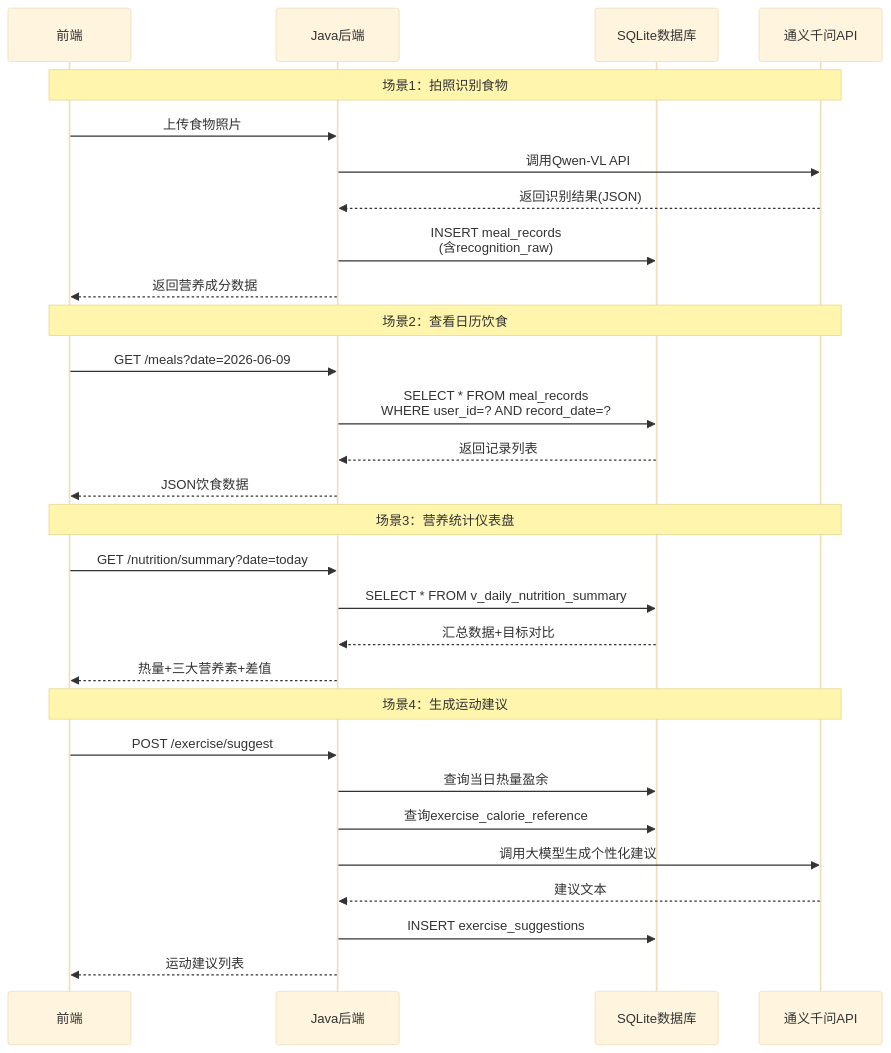
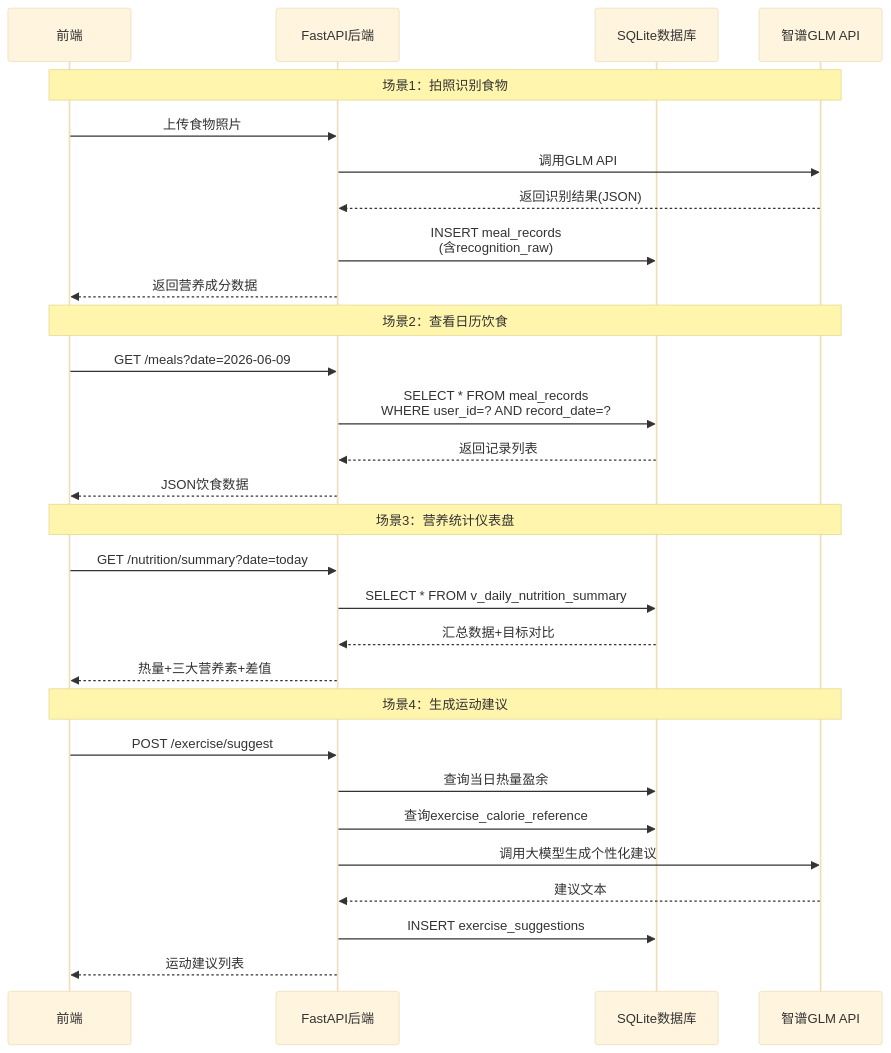
Before and after one commit to lehengzhangJacob/software_train: the third of 3 diagrams in database/README.md, drawn with Mermaid (base theme). The commit also changed other lines of this file and 51 other files, not shown here.

First line of the commit message:
feat: 智膳全栈实现 — FastAPI、React 与智谱 GLM

````diff
--- a/database/README.md
+++ b/database/README.md
@@ -368,35 +368,35 @@
 ```mermaid
 sequenceDiagram
     participant F as 前端
-    participant B as Java后端
+    participant B as FastAPI后端
     participant D as SQLite数据库
-    participant A as 通义千问API
+    participant A as 智谱GLM API
 
     Note over F,A: 场景1：拍照识别食物
     F->>B: 上传食物照片
-    B->>A: 调用Qwen-VL API
+    B->>A: 调用GLM API
     A-->>B: 返回识别结果(JSON)
     B->>D: INSERT meal_records<br/>(含recognition_raw)
     B-->>F: 返回营养成分数据
 
     Note over F,A: 场景2：查看日历饮食
     F->>B: GET /meals?date=2026-06-09
     B->>D: SELECT * FROM meal_records<br/>WHERE user_id=? AND record_date=?
     D-->>B: 返回记录列表
     B-->>F: JSON饮食数据
 
     Note over F,A: 场景3：营养统计仪表盘
     F->>B: GET /nutrition/summary?date=today
     B->>D: SELECT * FROM v_daily_nutrition_summary
     D-->>B: 汇总数据+目标对比
     B-->>F: 热量+三大营养素+差值
 
     Note over F,A: 场景4：生成运动建议
     F->>B: POST /exercise/suggest
     B->>D: 查询当日热量盈余
     B->>D: 查询exercise_calorie_reference
     B->>A: 调用大模型生成个性化建议
     A-->>B: 建议文本
     B->>D: INSERT exercise_suggestions
     B-->>F: 运动建议列表
 ```
````
